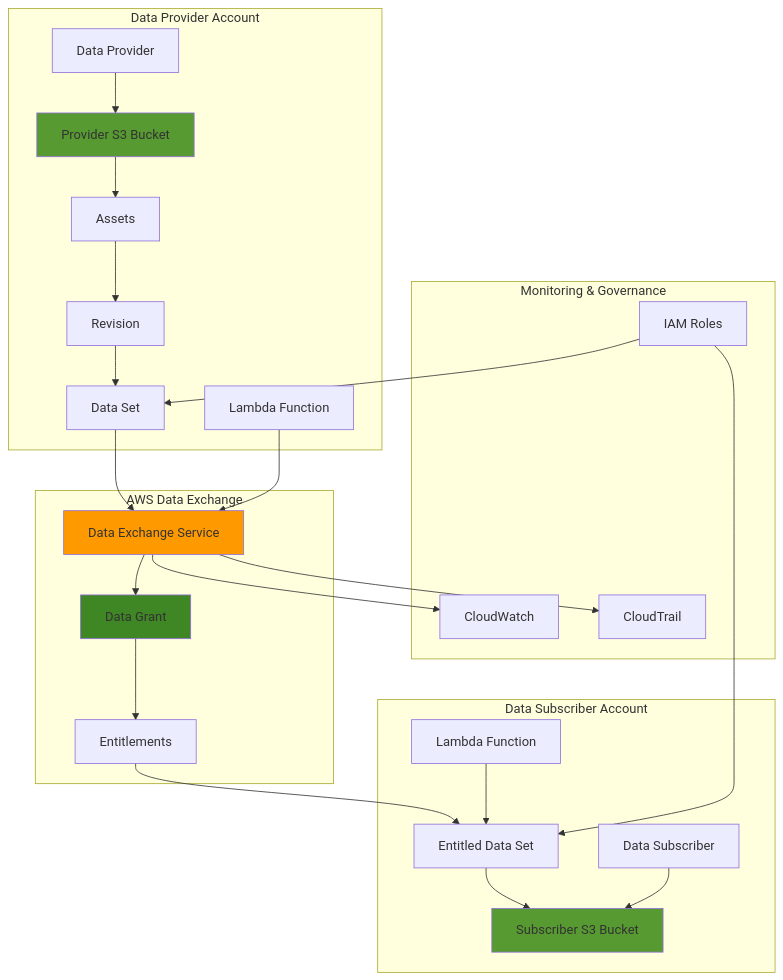
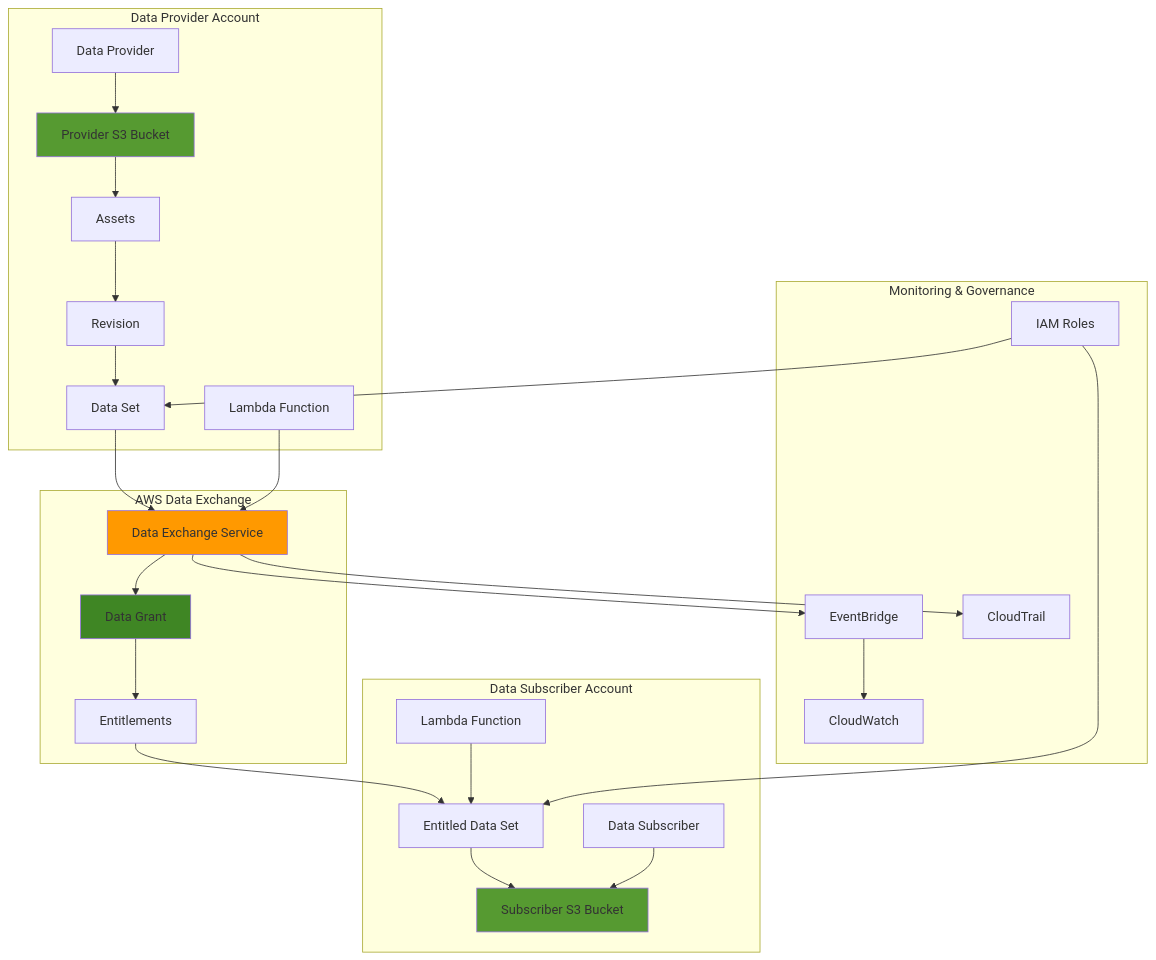
The diagram in aws/cross-account-data-sharing-exchange/cross-account-data-sharing-exchange.md (mzazon/awesome-cloud-projects), drawn with Mermaid before and after one commit. The commit also changed other lines of this file and 5581 other files, not shown here.

````diff
--- a/aws/cross-account-data-sharing-exchange/cross-account-data-sharing-exchange.md
+++ b/aws/cross-account-data-sharing-exchange/cross-account-data-sharing-exchange.md
@@ -30,54 +30,56 @@
 ```mermaid
 graph TB
     subgraph "Data Provider Account"
         DP[Data Provider]
         S3_PROV[Provider S3 Bucket]
         DS[Data Set]
         REV[Revision]
         ASSETS[Assets]
         LAMBDA_PROV[Lambda Function]
     end
     
     subgraph "AWS Data Exchange"
         DX[Data Exchange Service]
         GRANT[Data Grant]
         ENTITLE[Entitlements]
     end
     
     subgraph "Data Subscriber Account"
         SUB[Data Subscriber]
         S3_SUB[Subscriber S3 Bucket]
         LAMBDA_SUB[Lambda Function]
         ENTITLED_DS[Entitled Data Set]
     end
     
     subgraph "Monitoring & Governance"
+        EB[EventBridge]
         CW[CloudWatch]
         CT[CloudTrail]
         IAM[IAM Roles]
     end
     
     DP-->S3_PROV
     S3_PROV-->ASSETS
     ASSETS-->REV
     REV-->DS
     DS-->DX
     DX-->GRANT
     GRANT-->ENTITLE
     ENTITLE-->ENTITLED_DS
     ENTITLED_DS-->S3_SUB
     SUB-->S3_SUB
     
     LAMBDA_PROV-->DX
     LAMBDA_SUB-->ENTITLED_DS
     
-    DX-->CW
+    DX-->EB
+    EB-->CW
     DX-->CT
     IAM-->DS
     IAM-->ENTITLED_DS
     
     style DX fill:#FF9900
     style GRANT fill:#3F8624
     style S3_PROV fill:#569A31
     style S3_SUB fill:#569A31
 ```
````
